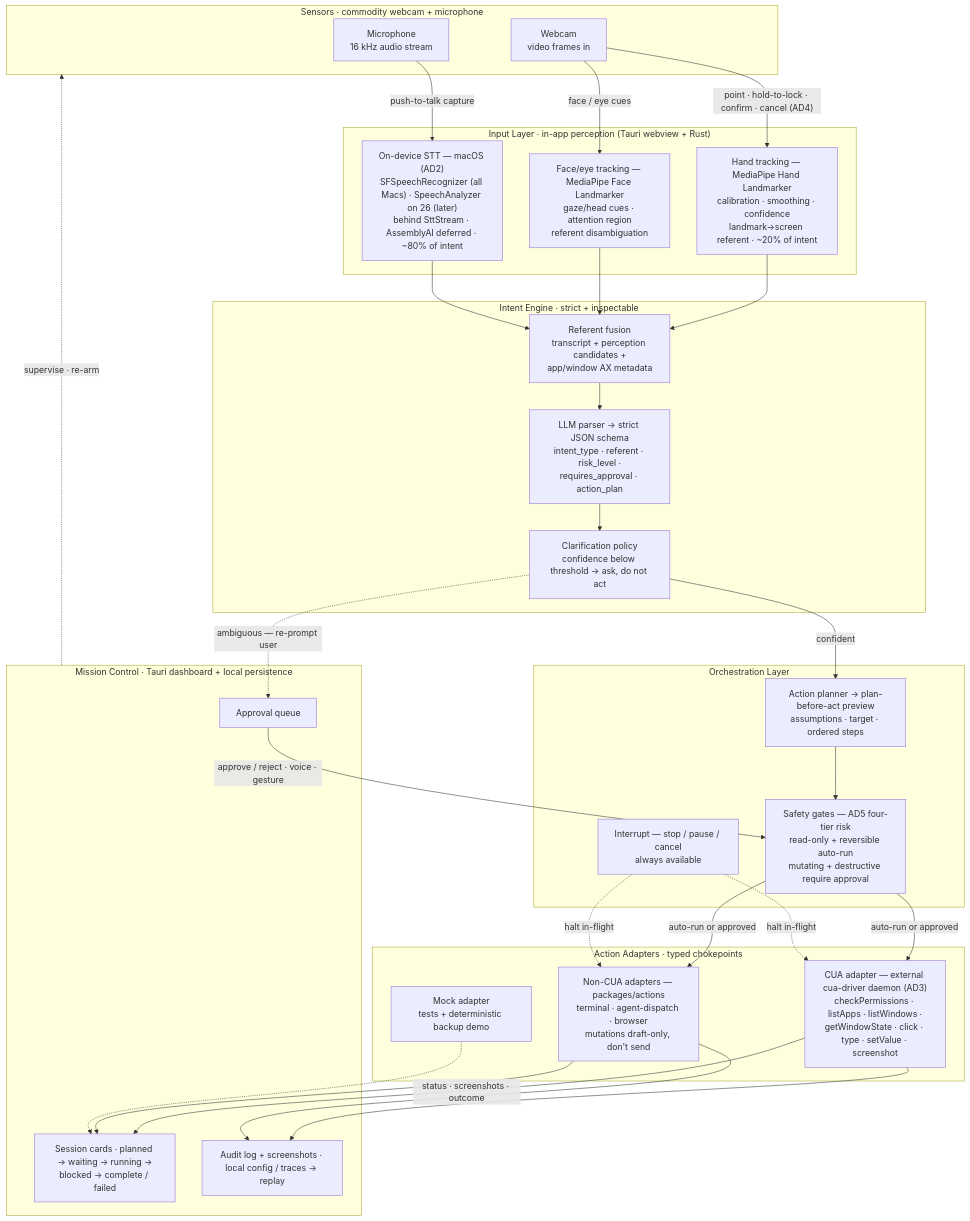
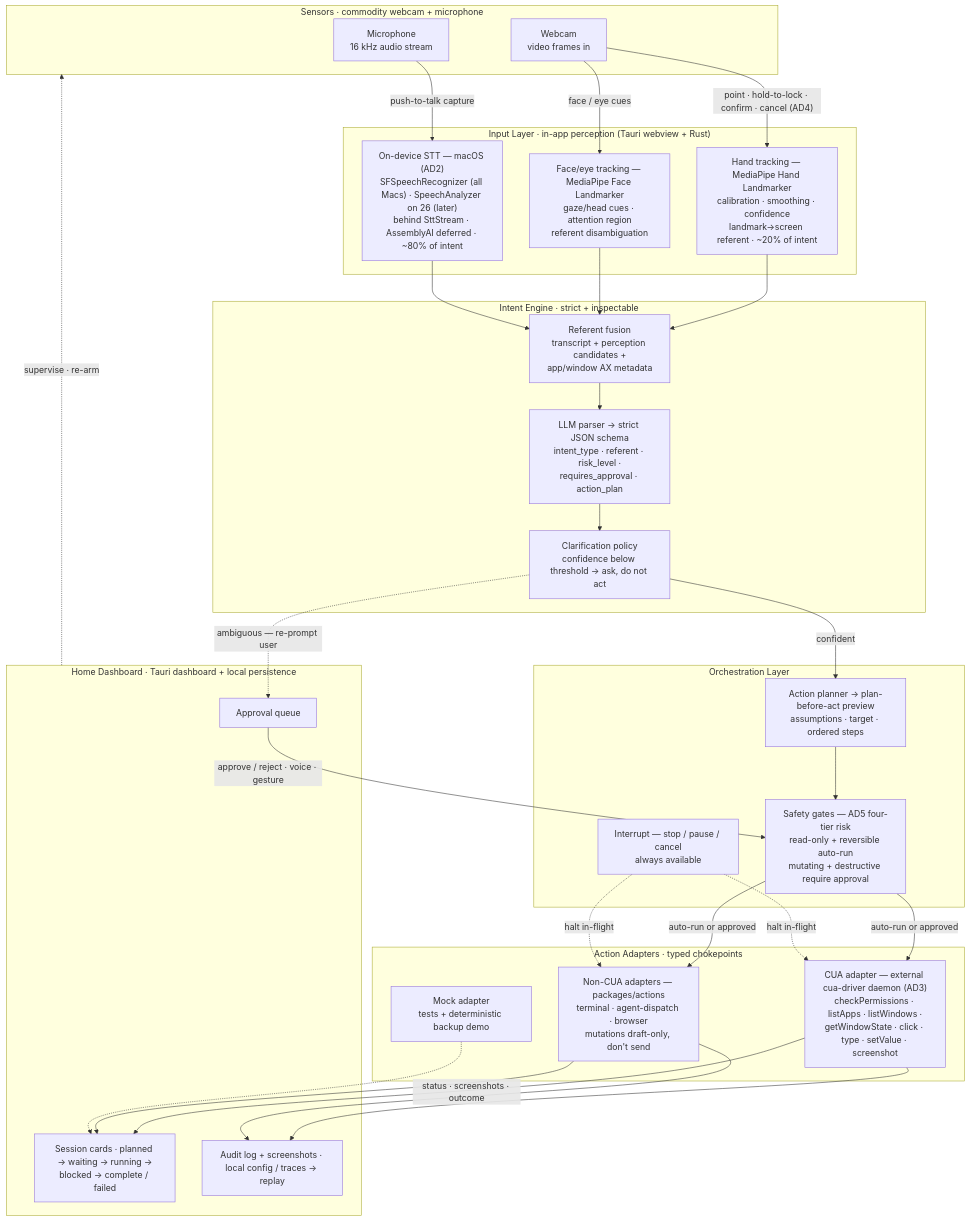
The diagram in FINAL_PLANNING.md (HandsOff-C5/HandsOff), drawn with Mermaid before and after one commit. The commit also changed other lines of this file and 2 other files, not shown here.

First line of the commit message:
chore: rename in-app "Mission Control" -> "Home Dashboard"

````diff
--- a/FINAL_PLANNING.md
+++ b/FINAL_PLANNING.md
@@ -62,59 +62,59 @@
 ```mermaid
 flowchart TB
   subgraph Sensors["Sensors · commodity webcam + microphone"]
     Cam["Webcam<br/>video frames in"]
     Mic["Microphone<br/>16 kHz audio stream"]
   end
 
   subgraph Input["Input Layer · in-app perception (Tauri webview + Rust)"]
     Hand["Hand tracking — MediaPipe Hand Landmarker<br/>calibration · smoothing · confidence<br/>landmark→screen referent · ~20% of intent"]
     FaceEye["Face/eye tracking — MediaPipe Face Landmarker<br/>gaze/head cues · attention region<br/>referent disambiguation"]
     STT["On-device STT — macOS (AD2)<br/>SFSpeechRecognizer (all Macs) · SpeechAnalyzer on 26 (later)<br/>behind SttStream · AssemblyAI deferred · ~80% of intent"]
   end
 
   subgraph Intent["Intent Engine · strict + inspectable"]
     Fuse["Referent fusion<br/>transcript + perception candidates +<br/>app/window AX metadata"]
     Schema["LLM parser → strict JSON schema<br/>intent_type · referent · risk_level ·<br/>requires_approval · action_plan"]
     Clar["Clarification policy<br/>confidence below threshold → ask, do not act"]
   end
 
   subgraph Orch["Orchestration Layer"]
     Plan["Action planner → plan-before-act preview<br/>assumptions · target · ordered steps"]
     Gate["Safety gates — AD5 four-tier risk<br/>read-only + reversible auto-run<br/>mutating + destructive require approval"]
     Int["Interrupt — stop / pause / cancel<br/>always available"]
   end
 
   subgraph Act["Action Adapters · typed chokepoints"]
     CUA["CUA adapter — external cua-driver daemon (AD3)<br/>checkPermissions · listApps · listWindows ·<br/>getWindowState · click · type · setValue · screenshot"]
     Other["Non-CUA adapters — packages/actions<br/>terminal · agent-dispatch · browser<br/>mutations draft-only, don't send"]
     Mock["Mock adapter<br/>tests + deterministic backup demo"]
   end
 
-  subgraph Super["Mission Control · Tauri dashboard + local persistence"]
+  subgraph Super["Home Dashboard · Tauri dashboard + local persistence"]
     Sess["Session cards · planned → waiting → running →<br/>blocked → complete / failed"]
     Appr["Approval queue"]
     Audit["Audit log + screenshots · local config / traces → replay"]
   end
 
   Cam -->|"point · hold-to-lock · confirm · cancel (AD4)"| Hand
   Cam -->|"face / eye cues"| FaceEye
   Mic -->|"push-to-talk capture"| STT
   Hand --> Fuse
   FaceEye --> Fuse
   STT --> Fuse
   Fuse --> Schema --> Clar
   Clar -->|"confident"| Plan
   Clar -.->|"ambiguous — re-prompt user"| Appr
   Plan --> Gate
   Appr -->|"approve / reject · voice · gesture"| Gate
   Gate -->|"auto-run or approved"| CUA
   Gate -->|"auto-run or approved"| Other
   CUA -->|"status · screenshots · outcome"| Sess
   Other --> Sess
   Mock -.-> Sess
   CUA --> Audit
   Other --> Audit
   Int -.->|"halt in-flight"| CUA
   Int -.->|"halt in-flight"| Other
   Super -. "supervise · re-arm" .-> Sensors
 ```
````
